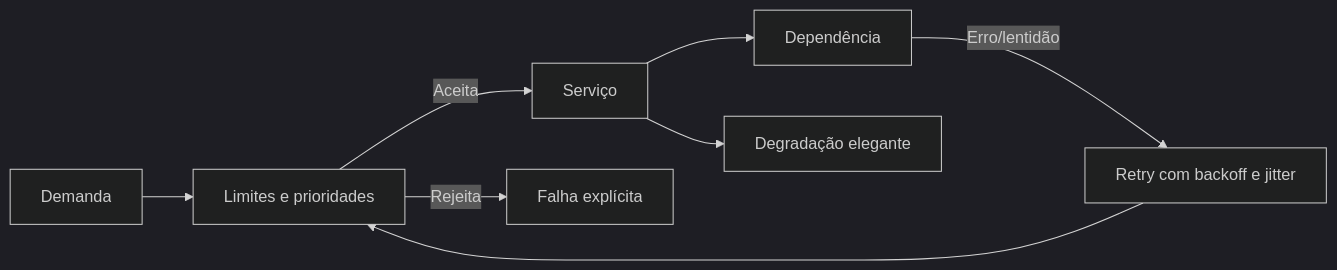
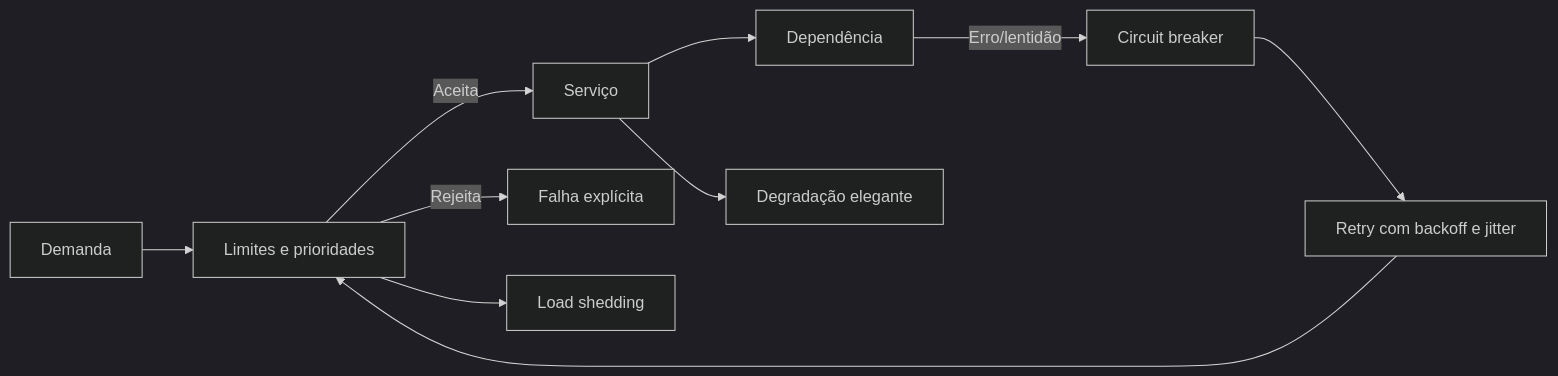
Before and after one commit to rafaelrezo/curso-engenharia-confiabilidade: the diagram in docs/capitulos/capitulo-14.md, drawn with Mermaid (dark theme). The commit also changed other lines of this file and 31 other files, not shown here.

````diff
--- a/docs/capitulos/capitulo-14.md
+++ b/docs/capitulos/capitulo-14.md
@@ -104,10 +131,12 @@
 ```mermaid
 flowchart LR
     Demand["Demanda"] --> Limit["Limites e prioridades"]
     Limit -->|Aceita| Service["Serviço"]
     Limit -->|Rejeita| FailFast["Falha explícita"]
     Service --> Dependency["Dependência"]
-    Dependency -->|Erro/lentidão| Retry["Retry com backoff e jitter"]
+    Dependency -->|Erro/lentidão| Breaker["Circuit breaker"]
+    Breaker --> Retry["Retry com backoff e jitter"]
     Retry --> Limit
+    Limit --> Shed["Load shedding"]
     Service --> Degrade["Degradação elegante"]
 ```
````
